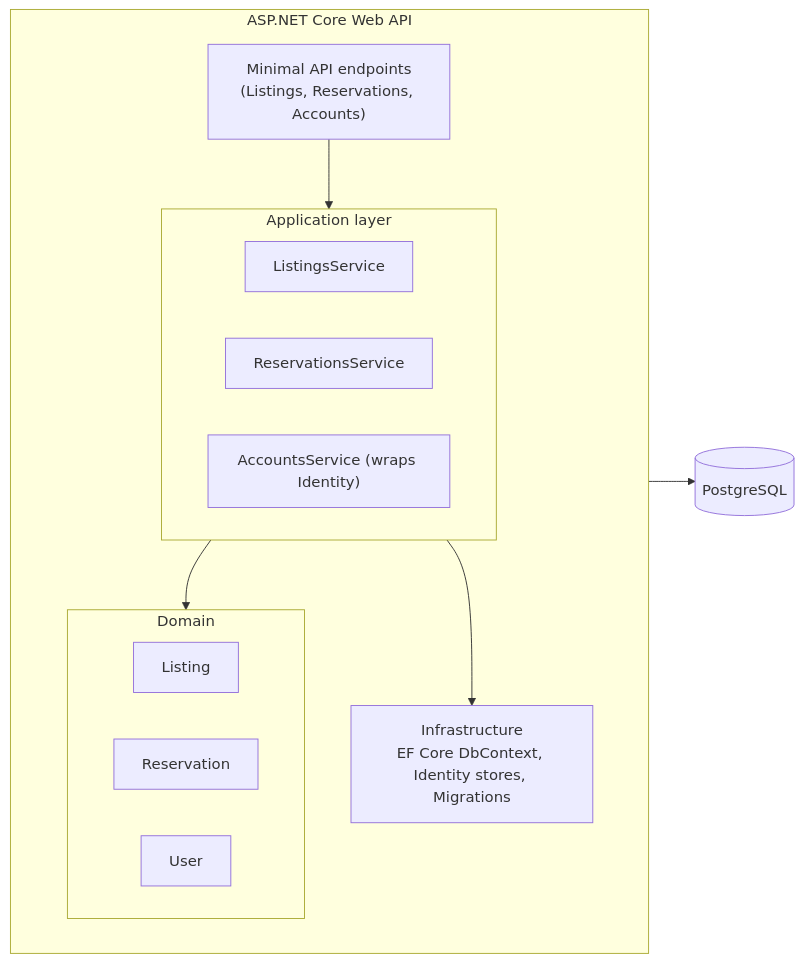
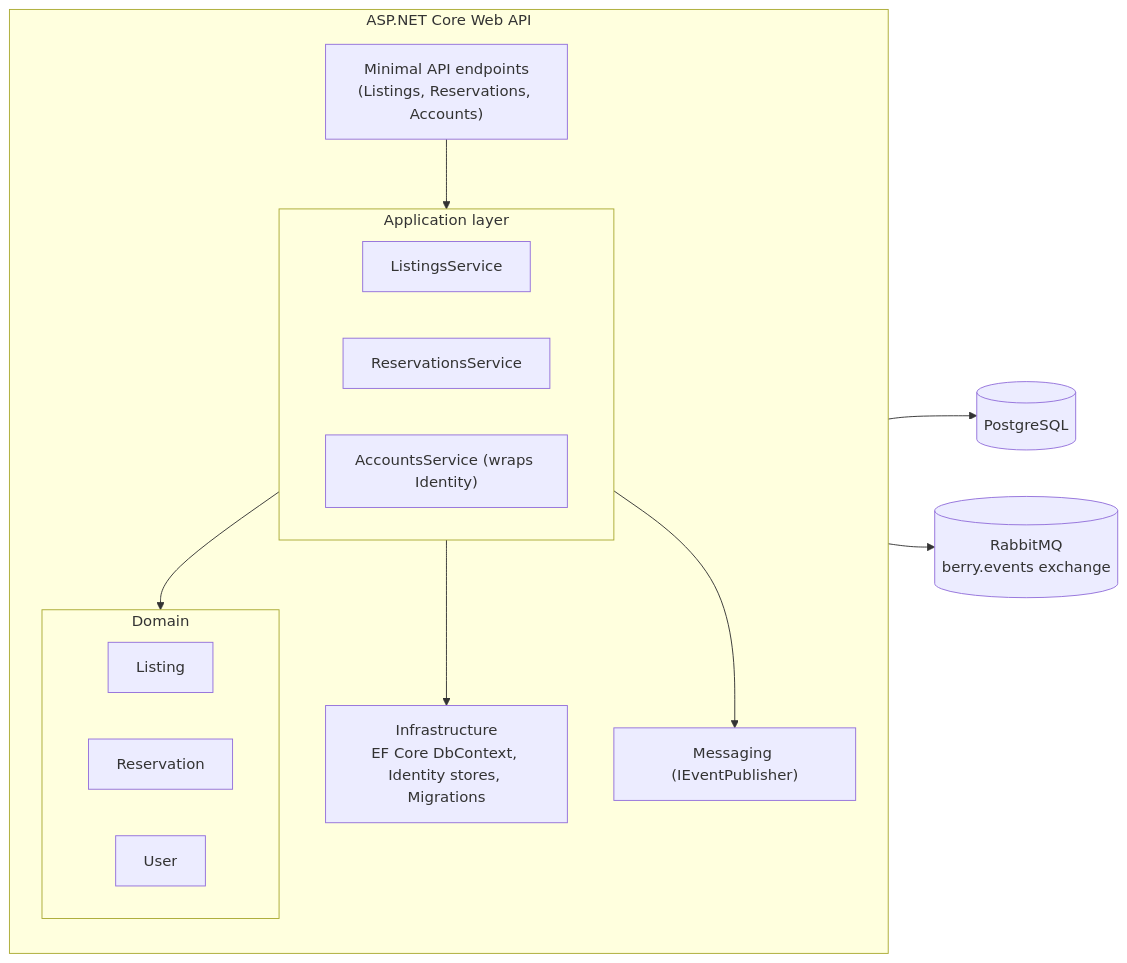
The diagram in docs/architecture/component-backend.mmd (Nazarii-Mandiak/BerryMarketplace), drawn with Mermaid before and after one commit. The commit also changed 11 other files, not shown here.

Commit message:
Publish listing.created integration events via IEventPublisher (ADR-0009)

```diff
--- a/docs/architecture/component-backend.mmd
+++ b/docs/architecture/component-backend.mmd
@@ -1,23 +1,27 @@
 %% Berry Exchange — C4 Level 3: Components inside the API container
 graph LR
     subgraph API["ASP.NET Core Web API"]
         direction TB
         Endpoints["Minimal API endpoints<br/>(Listings, Reservations, Accounts)"]
         subgraph App["Application layer"]
             ListingsSvc[ListingsService]
             ResSvc[ReservationsService]
             AccountsSvc["AccountsService (wraps Identity)"]
         end
         subgraph Domain["Domain"]
             ListingEntity[Listing]
             ReservationEntity[Reservation]
             UserEntity[User]
         end
         Infra["Infrastructure<br/>EF Core DbContext, Identity stores, Migrations"]
+        Messaging["Messaging (IEventPublisher)"]
     end
     DB[("PostgreSQL")]
+    Broker[("RabbitMQ<br/>berry.events exchange")]
 
     Endpoints --> App
     App --> Domain
     App --> Infra
     Infra --> DB
+    App --> Messaging
+    Messaging --> Broker
```
